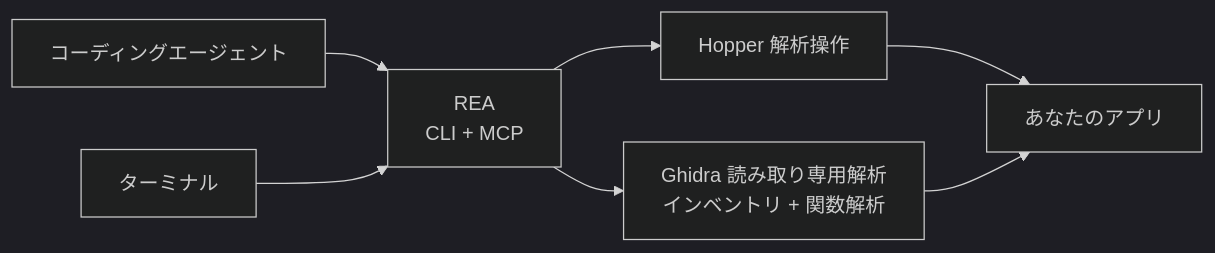
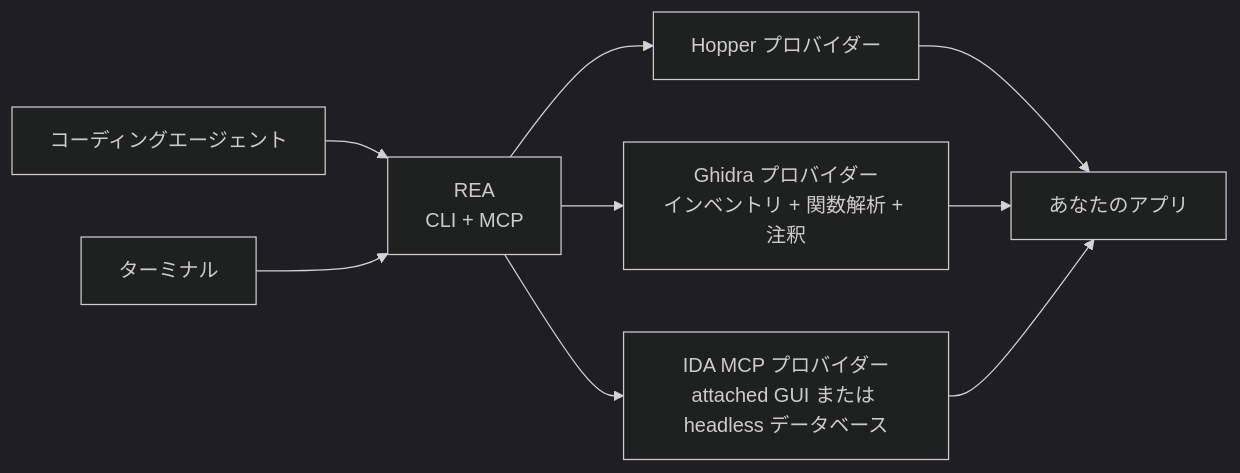
One commit to bryankwandou/rea changed the diagram in README_ja.md. Above: the diagram before and after it, drawn with Mermaid (dark theme). The commit also changed other lines of this file, not shown here.

````diff
--- a/README_ja.md
+++ b/README_ja.md
@@ -245,9 +287,11 @@
 ```mermaid
 flowchart LR
     Agent["コーディングエージェント"] --> REA["REA<br/>CLI + MCP"]
     Terminal["ターミナル"] --> REA
-    REA --> Hopper["Hopper 解析操作"]
+    REA --> Hopper["Hopper プロバイダー"]
+    REA --> Ghidra["Ghidra プロバイダー<br/>インベントリ + 関数解析 + 注釈"]
+    REA --> Ida["IDA MCP プロバイダー<br/>attached GUI または headless データベース"]
     Hopper --> App["あなたのアプリ"]
-    REA --> Ghidra["Ghidra 読み取り専用解析<br/>インベントリ + 関数解析"]
     Ghidra --> App
+    Ida --> App
 ```
````
